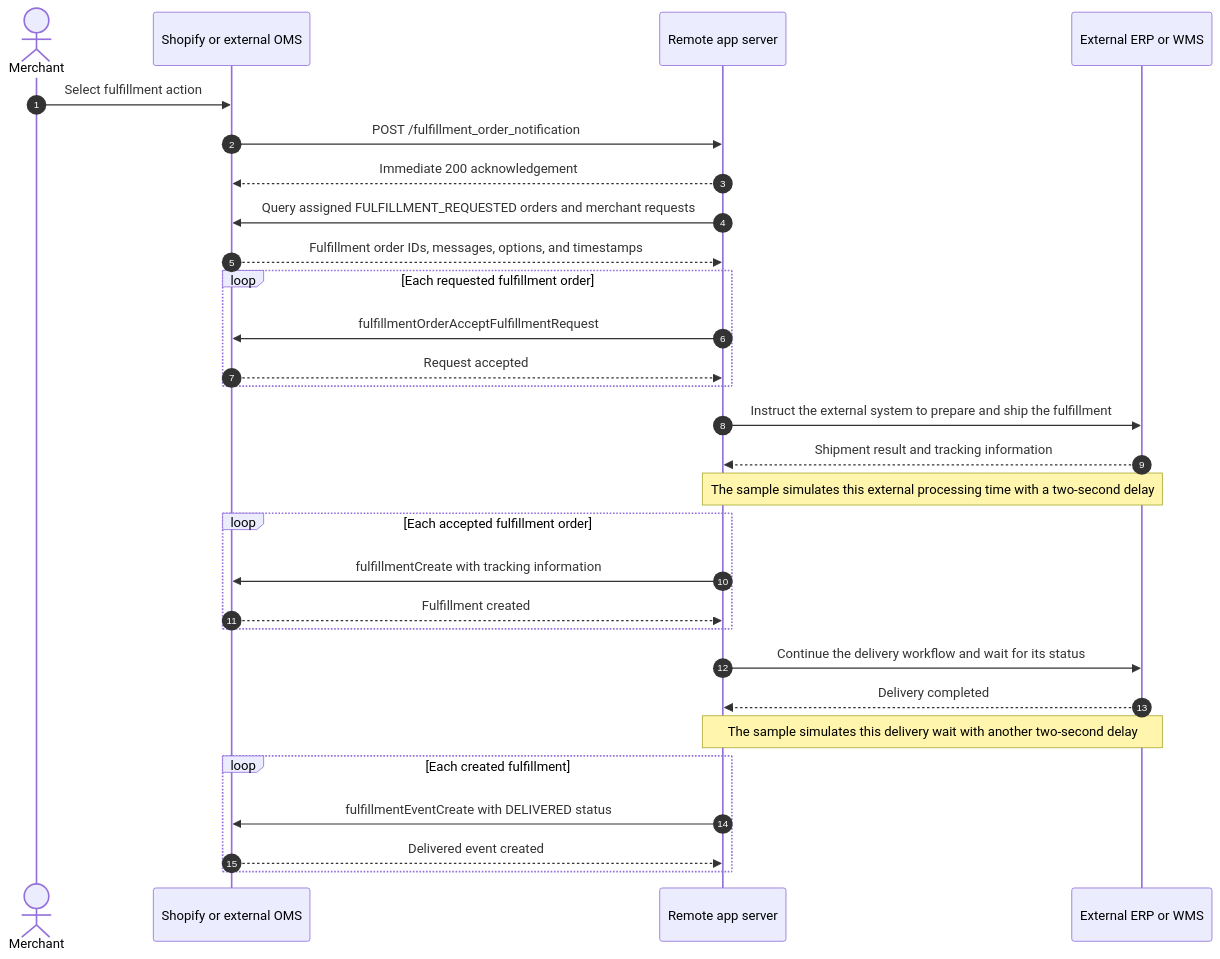
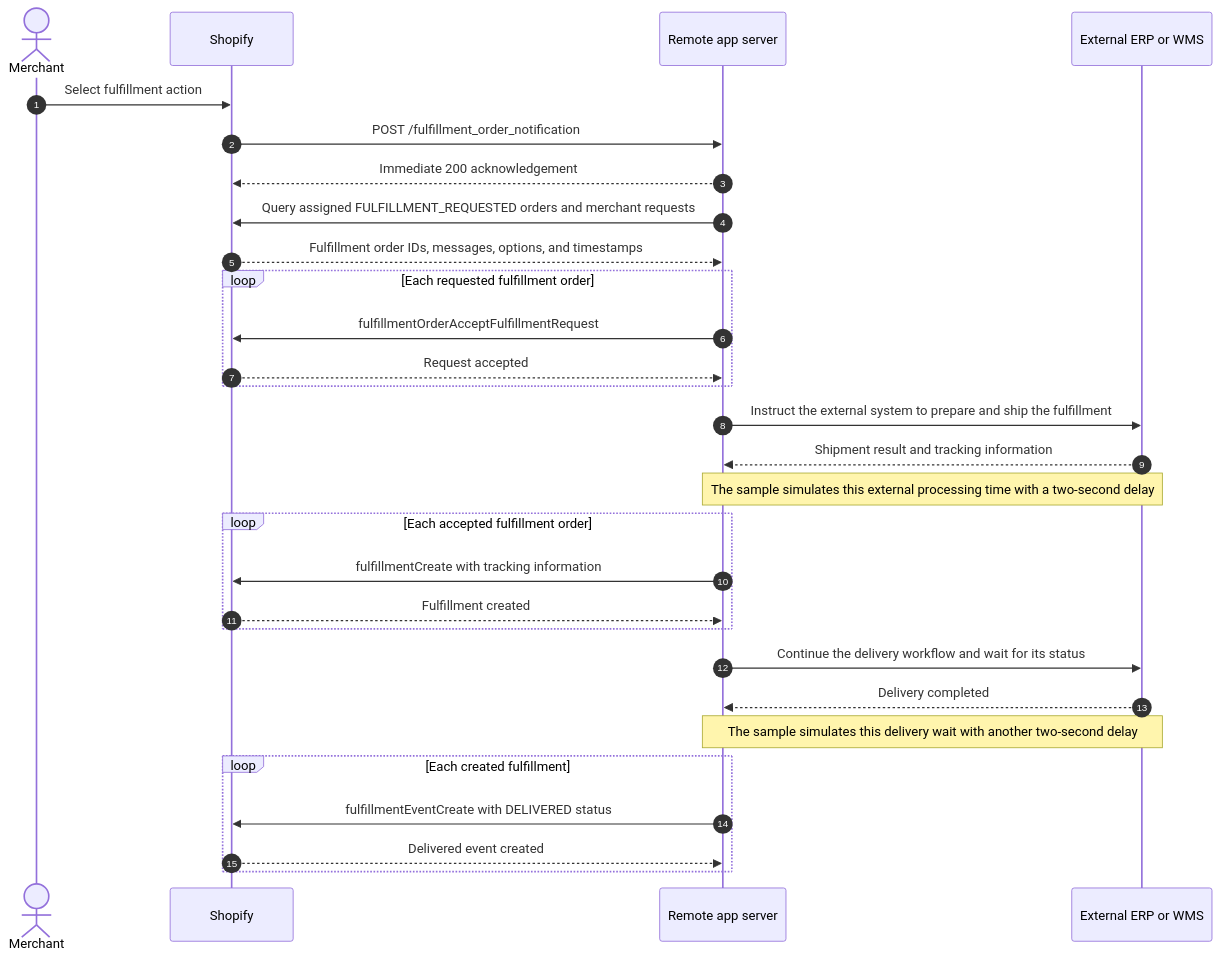
Before and after one commit to benzookapi/shopify-barebone-app-sample: the fourth of 4 diagrams in docs/13-ordermanage.md, drawn with Mermaid. The commit also changed other lines of this file, not shown here.

Commit message:
Restore Shopify fulfillment sequence participant

````diff
--- a/docs/13-ordermanage.md
+++ b/docs/13-ordermanage.md
@@ -116,32 +116,32 @@
 ```mermaid
 sequenceDiagram
     autonumber
     actor Merchant
-    participant OMS as Shopify or external OMS
+    participant Shopify as Shopify
     participant App as Remote app server
     participant ERP as External ERP or WMS
 
-    Merchant->>OMS: Select fulfillment action
-    OMS->>App: POST /fulfillment_order_notification
-    App-->>OMS: Immediate 200 acknowledgement
-    App->>OMS: Query assigned FULFILLMENT_REQUESTED orders and merchant requests
-    OMS-->>App: Fulfillment order IDs, messages, options, and timestamps
+    Merchant->>Shopify: Select fulfillment action
+    Shopify->>App: POST /fulfillment_order_notification
+    App-->>Shopify: Immediate 200 acknowledgement
+    App->>Shopify: Query assigned FULFILLMENT_REQUESTED orders and merchant requests
+    Shopify-->>App: Fulfillment order IDs, messages, options, and timestamps
     loop Each requested fulfillment order
-        App->>OMS: fulfillmentOrderAcceptFulfillmentRequest
-        OMS-->>App: Request accepted
+        App->>Shopify: fulfillmentOrderAcceptFulfillmentRequest
+        Shopify-->>App: Request accepted
     end
     App->>ERP: Instruct the external system to prepare and ship the fulfillment
     ERP-->>App: Shipment result and tracking information
     Note over App,ERP: The sample simulates this external processing time with a two-second delay
     loop Each accepted fulfillment order
-        App->>OMS: fulfillmentCreate with tracking information
-        OMS-->>App: Fulfillment created
+        App->>Shopify: fulfillmentCreate with tracking information
+        Shopify-->>App: Fulfillment created
     end
     App->>ERP: Continue the delivery workflow and wait for its status
     ERP-->>App: Delivery completed
     Note over App,ERP: The sample simulates this delivery wait with another two-second delay
     loop Each created fulfillment
-        App->>OMS: fulfillmentEventCreate with DELIVERED status
-        OMS-->>App: Delivered event created
+        App->>Shopify: fulfillmentEventCreate with DELIVERED status
+        Shopify-->>App: Delivered event created
     end
 ```
````
